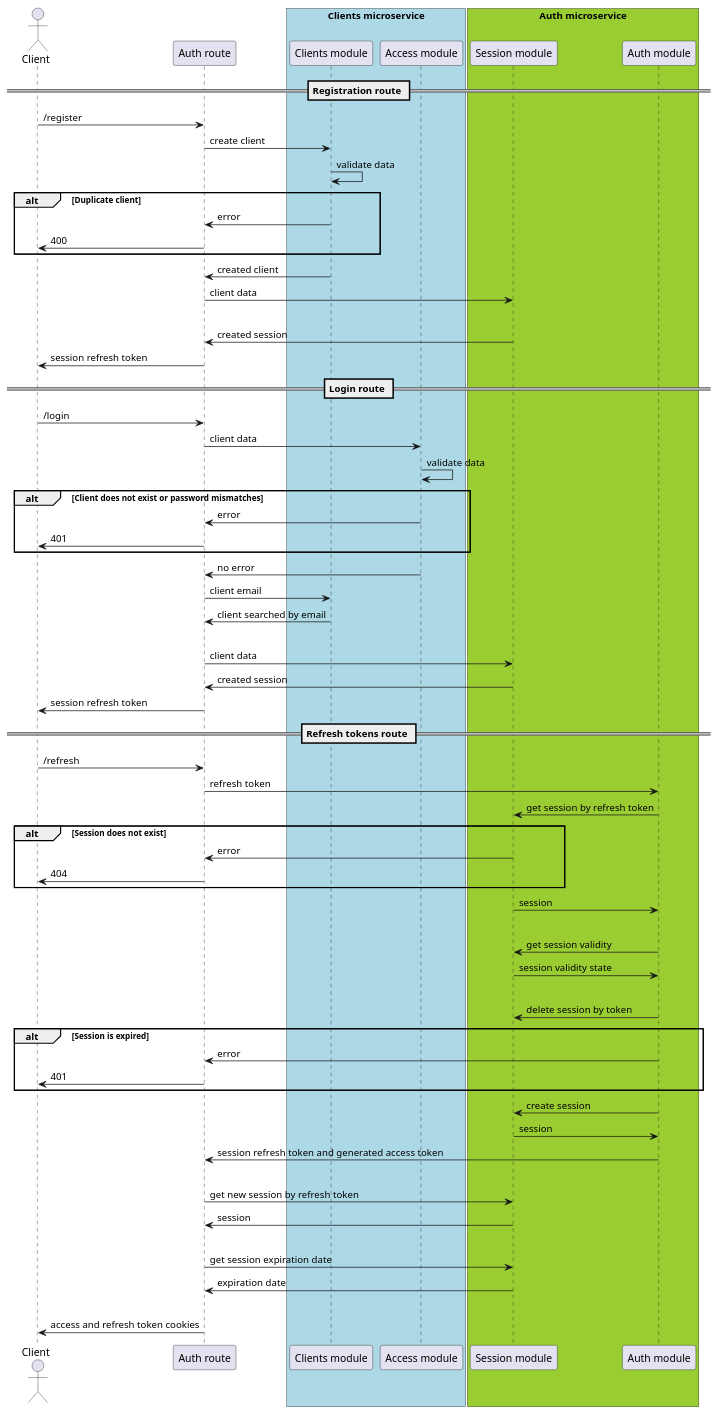
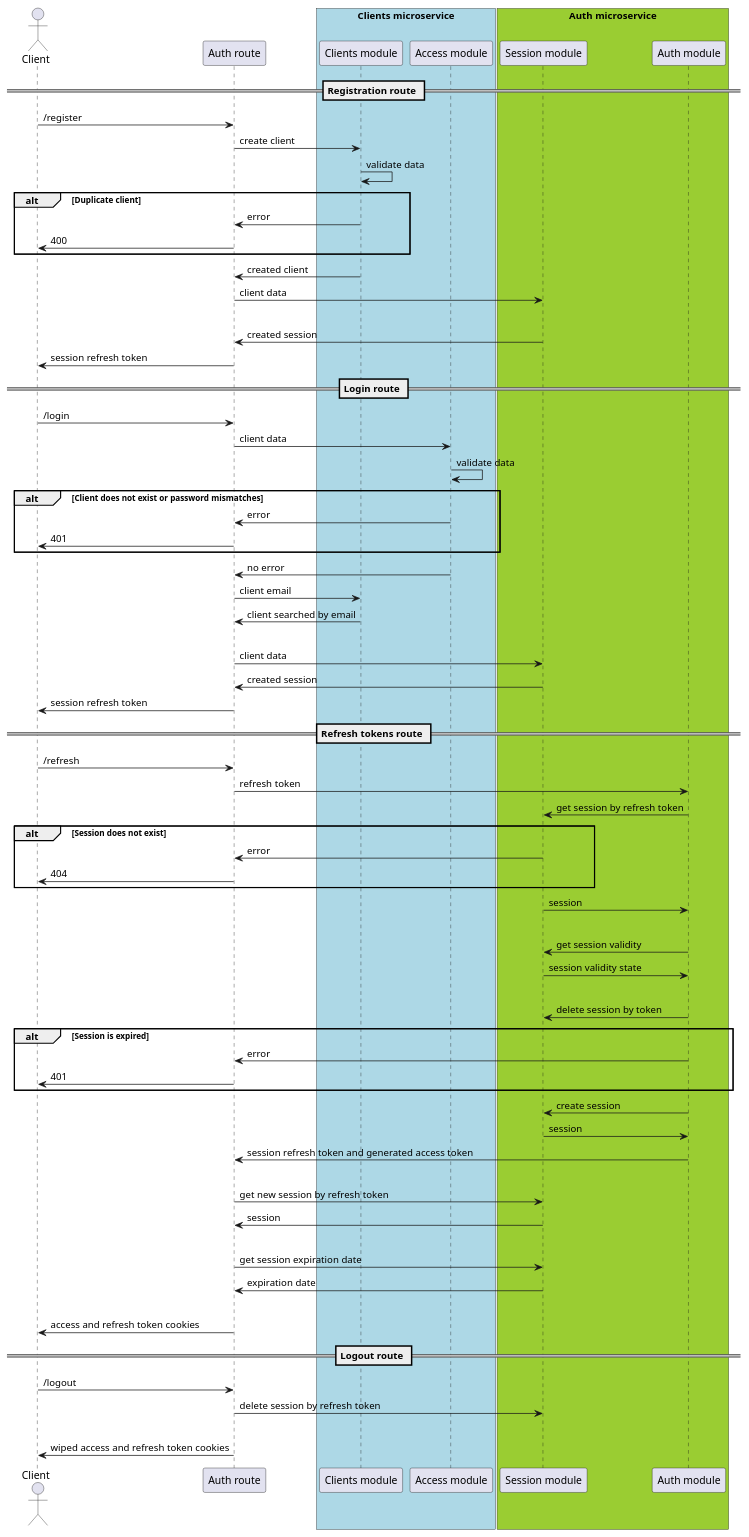
One commit to async-devil/money-tracker changed the diagram in docs/gateway/auth-route.puml. Above: the diagram before and after it, drawn with PlantUML.

Commit message:
docs(gateway): add auth logout route

```diff
--- a/docs/gateway/auth-route.puml
+++ b/docs/gateway/auth-route.puml
@@ -1,88 +1,95 @@
 @startuml auth_route
 
 actor Client as cl
 
 participant "Auth route" as aur
 
 box "Clients microservice" #LightBLue
   participant "Clients module" as clm
   participant "Access module" as acm
 end box
 
 box "Auth microservice" #YellowGreen
   participant "Session module" as ssm
   participant "Auth module" as aum
 end box
 
 == Registration route ==
 
 cl -> aur : /register
 aur -> clm : create client
 clm -> clm : validate data
 
 alt Duplicate client
   clm -> aur : error
   aur -> cl : 400
 end
 
 clm -> aur : created client
 aur -> ssm : client data
 |||
 ssm -> aur : created session
 aur -> cl : session refresh token
 
 == Login route ==
 
 cl -> aur : /login
 aur -> acm : client data
 acm -> acm : validate data
 
 alt  Client does not exist or password mismatches
   acm -> aur : error
   aur -> cl : 401
 end
 
 acm -> aur : no error
 aur -> clm : client email
 clm -> aur : client searched by email
 |||
 aur -> ssm : client data
 ssm -> aur : created session
 aur -> cl : session refresh token
 
 == Refresh tokens route ==
 
 cl -> aur : /refresh
 aur -> aum : refresh token
 aum -> ssm : get session by refresh token
 
 alt Session does not exist
   ssm -> aur : error
   aur -> cl : 404
 end
 
 ssm -> aum : session
 |||
 aum -> ssm : get session validity
 ssm -> aum : session validity state
 |||
 aum -> ssm : delete session by token
 
 alt Session is expired
   aum -> aur : error
   aur -> cl : 401
 end
 
 aum -> ssm : create session
 ssm -> aum : session
 aum -> aur : session refresh token and generated access token
 |||
 aur -> ssm : get new session by refresh token
 ssm -> aur : session
 |||
 aur -> ssm : get session expiration date
 ssm -> aur : expiration date
 |||
 aur -> cl : access and refresh token cookies
 
+== Logout route ==
+
+cl -> aur : /logout
+aur -> ssm : delete session by refresh token
+|||
+aur -> cl : wiped access and refresh token cookies
+
 @enduml
```
